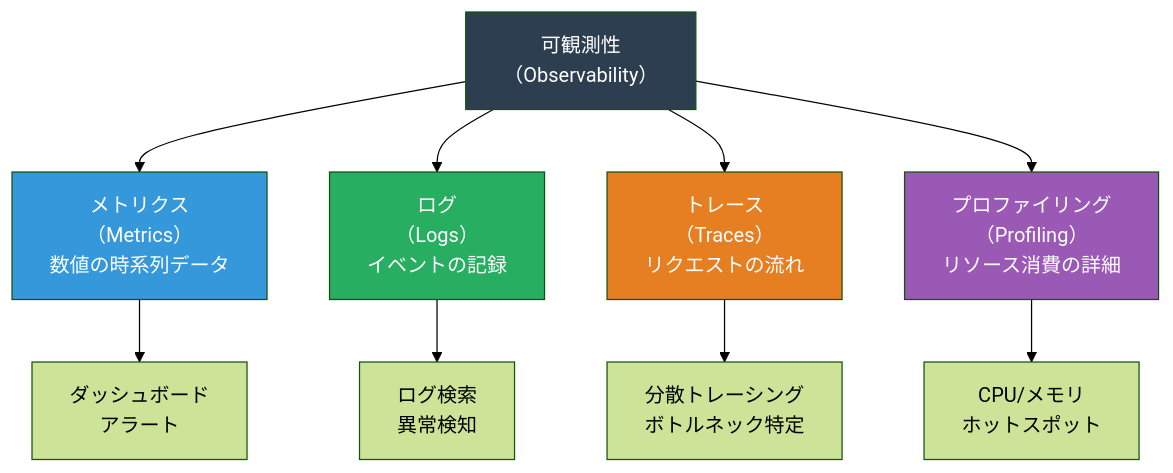
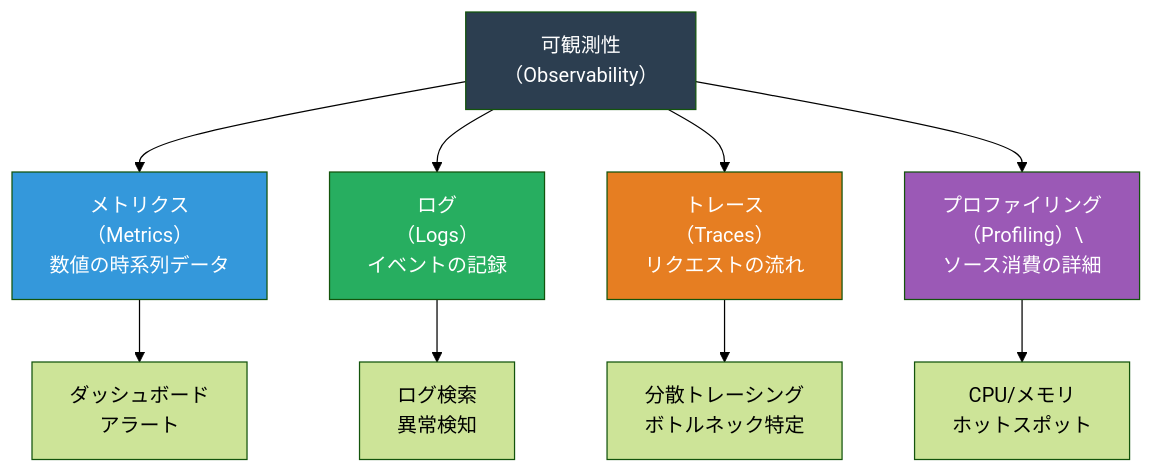
Before and after one commit to shuji-bonji/Management-of-software-systems-and-services: the seventh of 10 diagrams in sre-reliability-map.md, drawn with Mermaid (forest theme). The commit also changed other lines of this file and 9 other files, not shown here.

Commit message:
fix: Mermaid図の改善

````diff
--- a/sre-reliability-map.md
+++ b/sre-reliability-map.md
@@ -271,24 +264,24 @@
 ```mermaid
 graph TD
-    OBS["可観測性\n（Observability）"]
-    M["メトリクス\n（Metrics）\n数値の時系列データ"]
-    L["ログ\n（Logs）\nイベントの記録"]
-    T["トレース\n（Traces）\nリクエストの流れ"]
-    P["プロファイリング\n（Profiling）\nリソース消費の詳細"]
+    OBS["可観測性<br>（Observability）"]
+    M["メトリクス<br>（Metrics）<br>数値の時系列データ"]
+    L["ログ<br>（Logs）<br>イベントの記録"]
+    T["トレース<br>（Traces）<br>リクエストの流れ"]
+    P["プロファイリング<br>（Profiling）\<br>ソース消費の詳細"]
 
     OBS --> M
     OBS --> L
     OBS --> T
     OBS --> P
 
-    M --> D["ダッシュボード\nアラート"]
-    L --> D2["ログ検索\n異常検知"]
-    T --> D3["分散トレーシング\nボトルネック特定"]
-    P --> D4["CPU/メモリ\nホットスポット"]
+    M --> D["ダッシュボード<br>アラート"]
+    L --> D2["ログ検索<br>異常検知"]
+    T --> D3["分散トレーシング<br>ボトルネック特定"]
+    P --> D4["CPU/メモリ<br>ホットスポット"]
 
     style OBS fill:#2C3E50,color:#fff
     style M fill:#3498DB,color:#fff
     style L fill:#27AE60,color:#fff
     style T fill:#E67E22,color:#fff
     style P fill:#9B59B6,color:#fff
 ```
````
